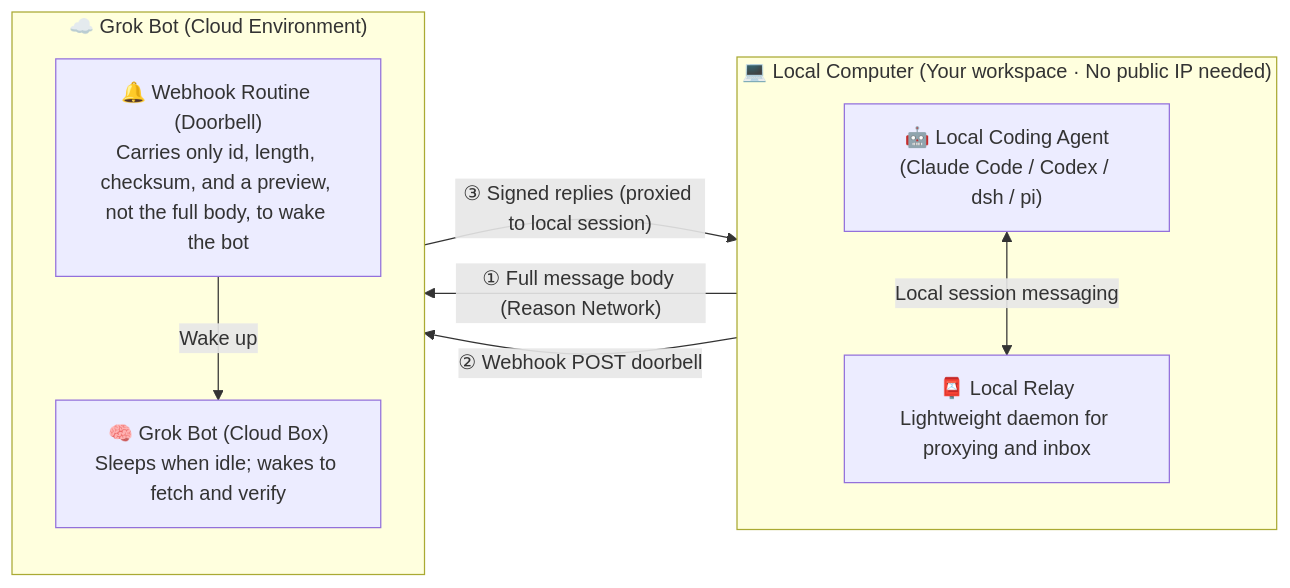
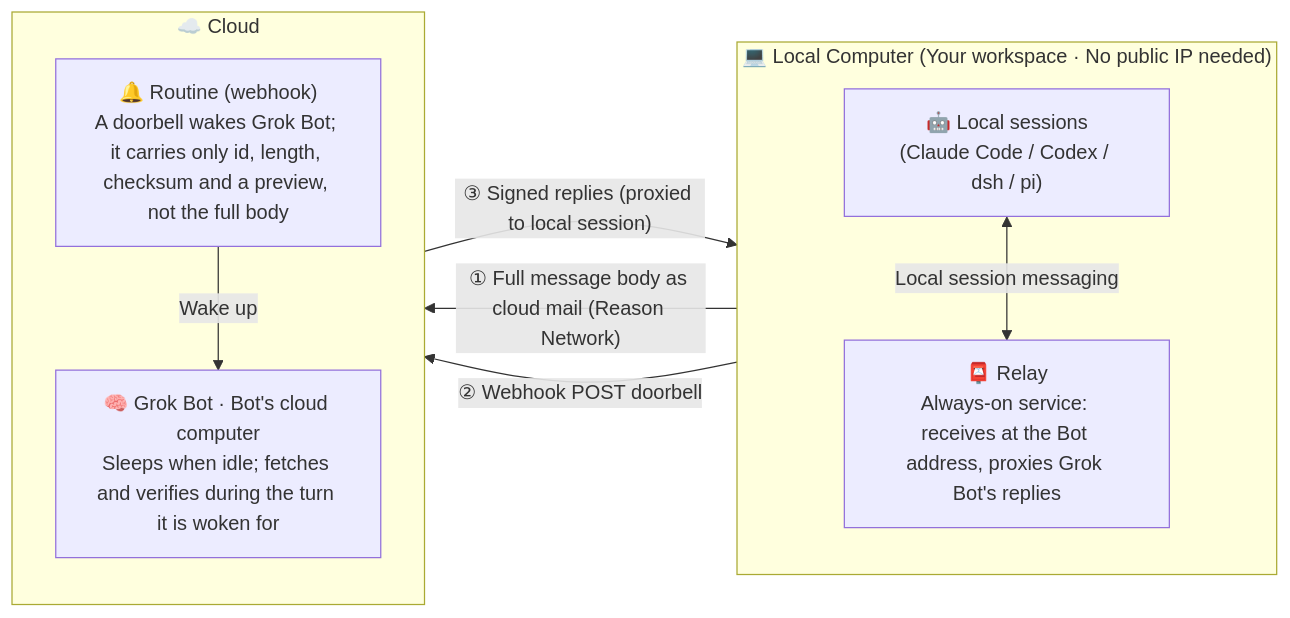
The first of 2 diagrams in README.md (xiaozhenliu/agent-mesh), drawn with Mermaid before and after one commit. The commit also changed other lines of this file and 13 other files, not shown here.

````diff
--- a/README.md
+++ b/README.md
@@ -22,20 +22,20 @@
 ```mermaid
 flowchart LR
     subgraph LOCAL["💻 Local Computer (Your workspace · No public IP needed)"]
         direction TB
-        AGENT["🤖 Local Coding Agent<br/>(Claude Code / Codex / dsh / pi)"]
-        RELAY["📮 Local Relay<br/>Lightweight daemon for proxying and inbox"]
+        AGENT["🤖 Local sessions<br/>(Claude Code / Codex / dsh / pi)"]
+        RELAY["📮 Relay<br/>Always-on service: receives at the Bot address, proxies Grok Bot's replies"]
         AGENT <-->|"Local session messaging"| RELAY
     end
 
-    subgraph CLOUD["☁️ Grok Bot (Cloud Environment)"]
+    subgraph CLOUD["☁️ Cloud"]
         direction TB
-        DOORBELL["🔔 Webhook Routine (Doorbell)<br/>Carries only id, length, checksum, and a preview, not the full body, to wake the bot"]
-        BOT["🧠 Grok Bot (Cloud Box)<br/>Sleeps when idle; wakes to fetch and verify"]
+        DOORBELL["🔔 Routine (webhook)<br/>A doorbell wakes Grok Bot; it carries only id, length, checksum and a preview, not the full body"]
+        BOT["🧠 Grok Bot · Bot's cloud computer<br/>Sleeps when idle; fetches and verifies during the turn it is woken for"]
         DOORBELL -->|"Wake up"| BOT
     end
 
-    RELAY -->|"① Full message body (Reason Network)"| BOT
+    RELAY -->|"① Full message body as cloud mail (Reason Network)"| BOT
     RELAY -->|"② Webhook POST doorbell"| DOORBELL
     BOT -->|"③ Signed replies (proxied to local session)"| RELAY
 ```
````
